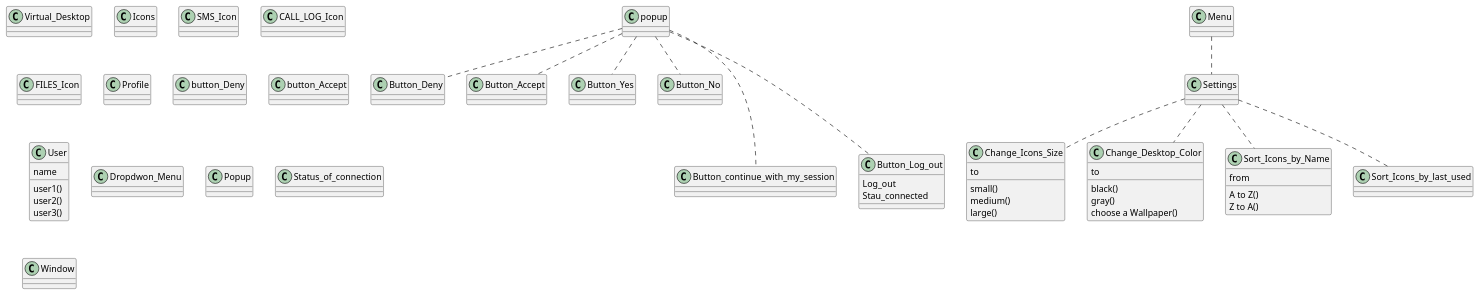
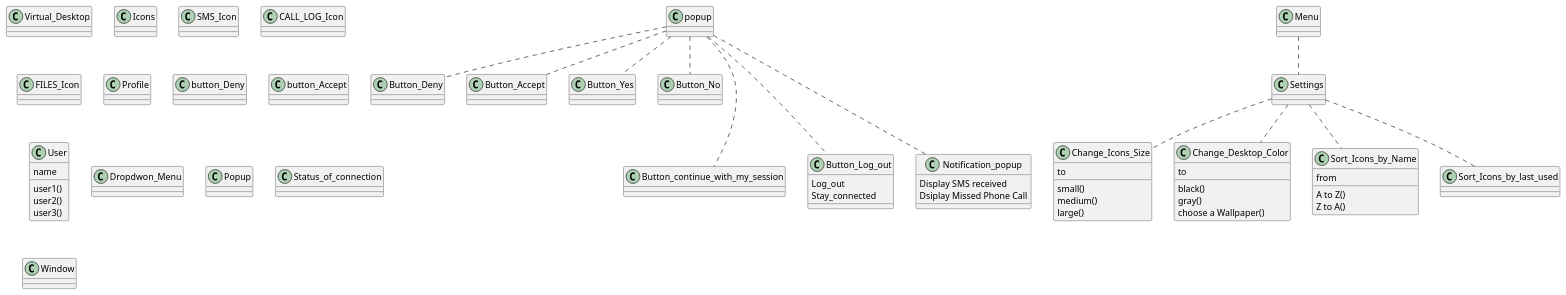
Before and after one commit to ofrasia/Remote_Phone_App_1: the diagram in Class Diagram.puml, drawn with PlantUML. The commit also changed 2 other files, not shown here.

```diff
--- a/Class Diagram.puml
+++ b/Class Diagram.puml
@@ -1,76 +1,81 @@
 @startuml
 class Virtual_Desktop {
 }
 class Icons {
 }
 class SMS_Icon {
 }
 class CALL_LOG_Icon {
 }
 class FILES_Icon {
 }
 class Profile {
 }
 class button_Deny {
 }
 class button_Accept
 popup .. Button_Deny
 popup .. Button_Accept
 popup .. Button_Yes
 popup .. Button_No
 popup -.- Button_continue_with_my_session
 popup -.- Button_Log_out
+popup -.- Notification_popup
 
 class Button_Log_out {
 Log_out
-Stau_connected
+Stay_connected
 }
 
 class Change_Icons_Size {
 to
 small()
 medium()
 large()
 }
 
 class Change_Desktop_Color {
 to
 black()
 gray()
 choose a Wallpaper()
 }
 
 class Sort_Icons_by_Name {
 from
 A to Z()
 Z to A()
 }
 
 Menu .. Settings
 Settings .. Change_Icons_Size
 Settings .. Change_Desktop_Color
 Settings .. Sort_Icons_by_Name
 Settings .. Sort_Icons_by_last_used
 
 class User {
 name
 user1()
 user2()
 user3()
 }
 class Dropdwon_Menu {
 }
 class Popup {
 }
 class Settings {
 }
 class Status_of_connection {
 }
 class Window {
 }
 class Button_Yes {
 }
 class Button_No {
 }
+class Notification_popup {
+Display SMS received
+Dsiplay Missed Phone Call
+}
 
 @enduml
```
